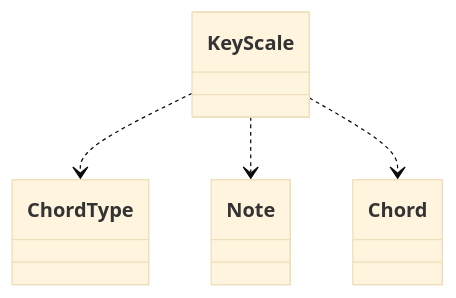
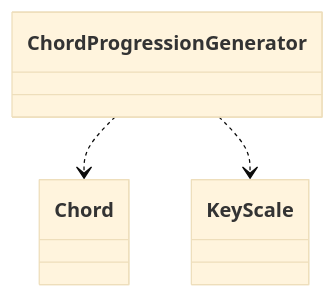
One commit to schnock-art/project_inspector changed diagram 33 of 39 in test/test.md. Above: the diagram before and after it, drawn with Mermaid (base theme). The commit also changed other lines of this file and 3 other files, not shown here.

````diff
--- a/test/test.md
+++ b/test/test.md
@@ -540,6 +614,5 @@
 ```mermaid
 classDiagram
-KeyScale ..> ChordType
-KeyScale ..> Note
-KeyScale ..> Chord
+ChordProgressionGenerator ..> Chord
+ChordProgressionGenerator ..> KeyScale
 ```
````
